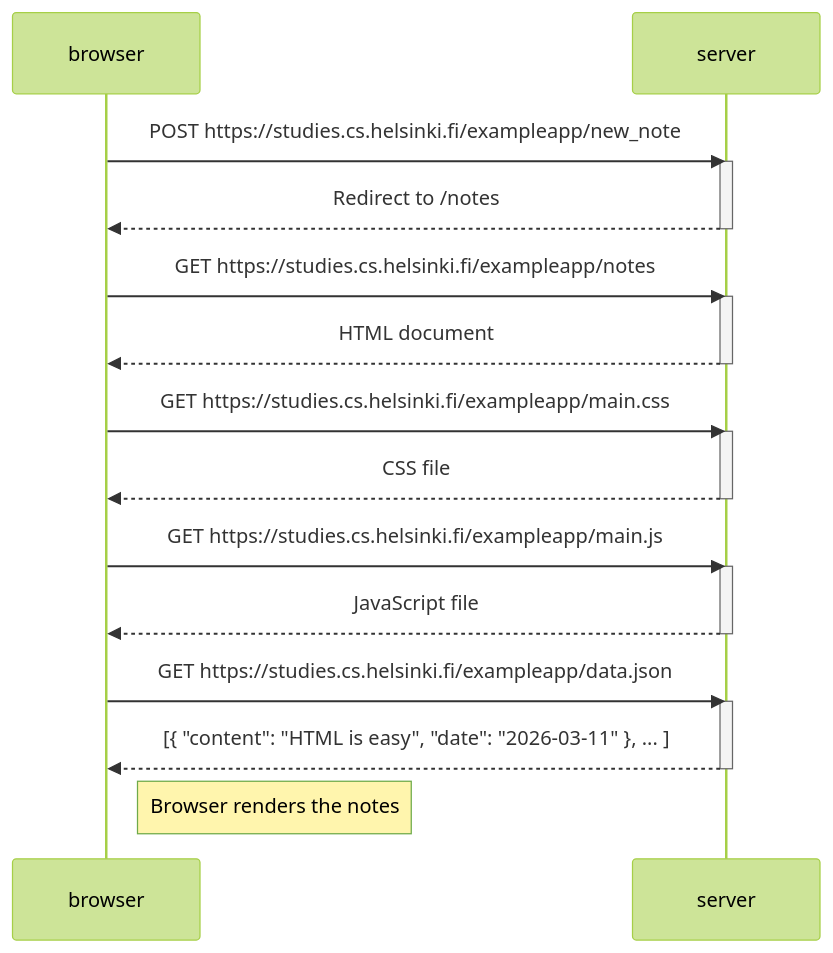
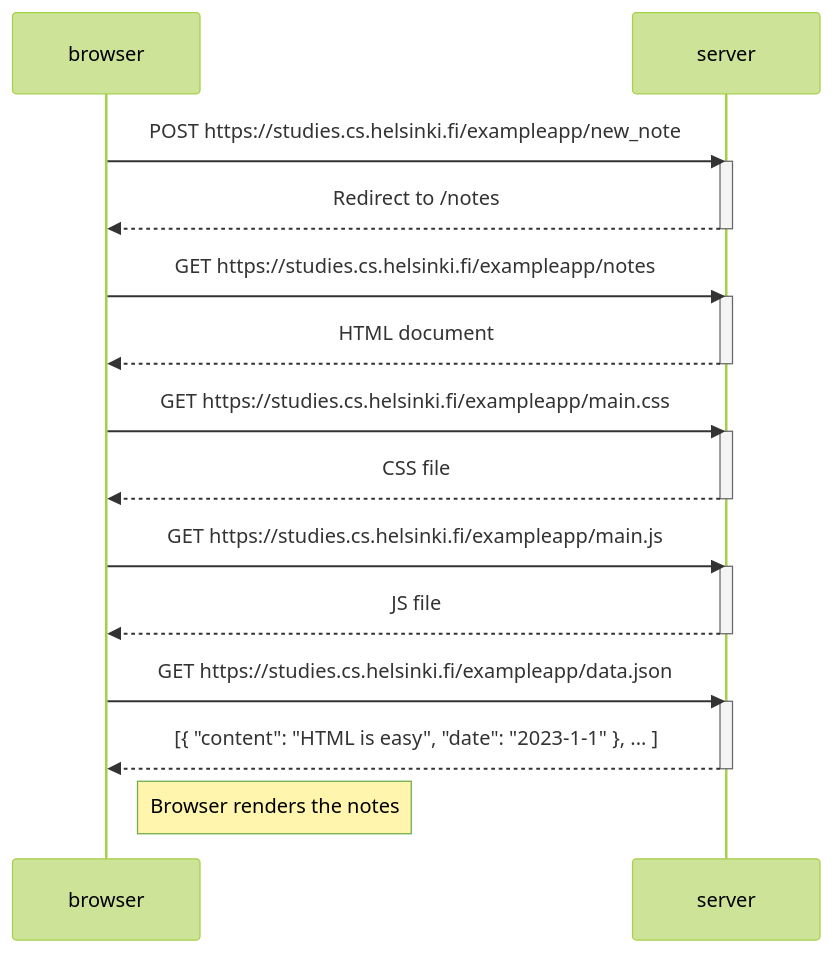
Before and after one commit to oogway5/fullstackopen: the diagram in part0/EX4.md, drawn with Mermaid (forest theme).

Commit message:
exercise 0.4 new note diagram

````diff
--- a/part0/EX4.md
+++ b/part0/EX4.md
@@ -1,32 +1,32 @@
 ```mermaid
 sequenceDiagram
     participant browser
     participant server
 
     browser->>server: POST https://studies.cs.helsinki.fi/exampleapp/new_note
     activate server
     server-->>browser: Redirect to /notes
     deactivate server
 
     browser->>server: GET https://studies.cs.helsinki.fi/exampleapp/notes
     activate server
     server-->>browser: HTML document
     deactivate server
 
     browser->>server: GET https://studies.cs.helsinki.fi/exampleapp/main.css
     activate server
     server-->>browser: CSS file
     deactivate server
 
     browser->>server: GET https://studies.cs.helsinki.fi/exampleapp/main.js
     activate server
-    server-->>browser: JavaScript file
+    server-->>browser: JS file
     deactivate server
 
     browser->>server: GET https://studies.cs.helsinki.fi/exampleapp/data.json
     activate server
-    server-->>browser: [{ "content": "HTML is easy", "date": "2026-03-11" }, ... ]
+    server-->>browser: [{ "content": "HTML is easy", "date": "2023-1-1" }, ... ]
     deactivate server
 
     Note right of browser: Browser renders the notes
 ```
````
